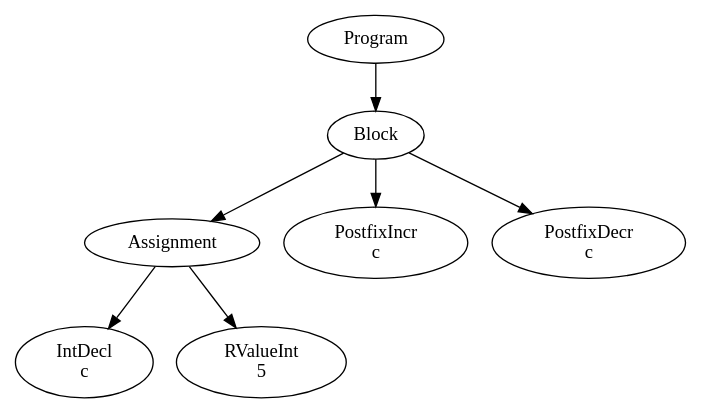
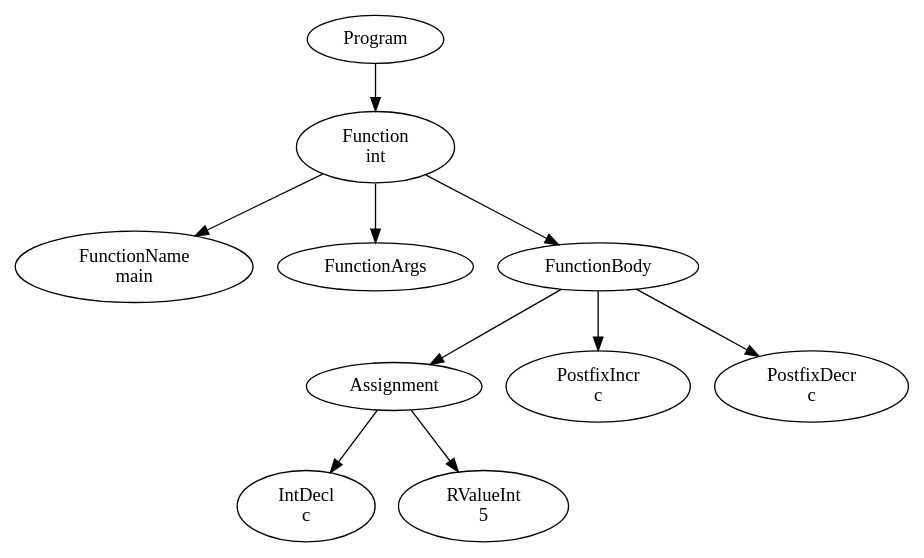
One commit to FedericoQuin/Compilers changed the diagram in official/res/solutions/increment.dot. Above: the diagram before and after it, drawn with Graphviz. The commit also changed 24 other files, not shown here.

```diff
--- a/official/res/solutions/increment.dot
+++ b/official/res/solutions/increment.dot
@@ -1,15 +1,21 @@
 digraph AST {
-0 [label="Program"];
-1 [label="Block"];
-2 [label="Assignment"];
-3 [label="IntDecl \nc"];
-4 [label="RValueInt \n5"];
+1 [label="Program"];
+2 [label="Function \nint"];
+3 [label="FunctionName \nmain"];
+4 [label="FunctionArgs"];
+5 [label="FunctionBody"];
+6 [label="Assignment"];
+7 [label="IntDecl \nc"];
+8 [label="RValueInt \n5"];
+6 -> 7;
+6 -> 8;
+9 [label="PostfixIncr \nc"];
+10 [label="PostfixDecr \nc"];
+5 -> 6;
+5 -> 9;
+5 -> 10;
 2 -> 3;
 2 -> 4;
-5 [label="PostfixIncr \nc"];
-6 [label="PostfixDecr \nc"];
+2 -> 5;
 1 -> 2;
-1 -> 5;
-1 -> 6;
-0 -> 1;
 }
```
